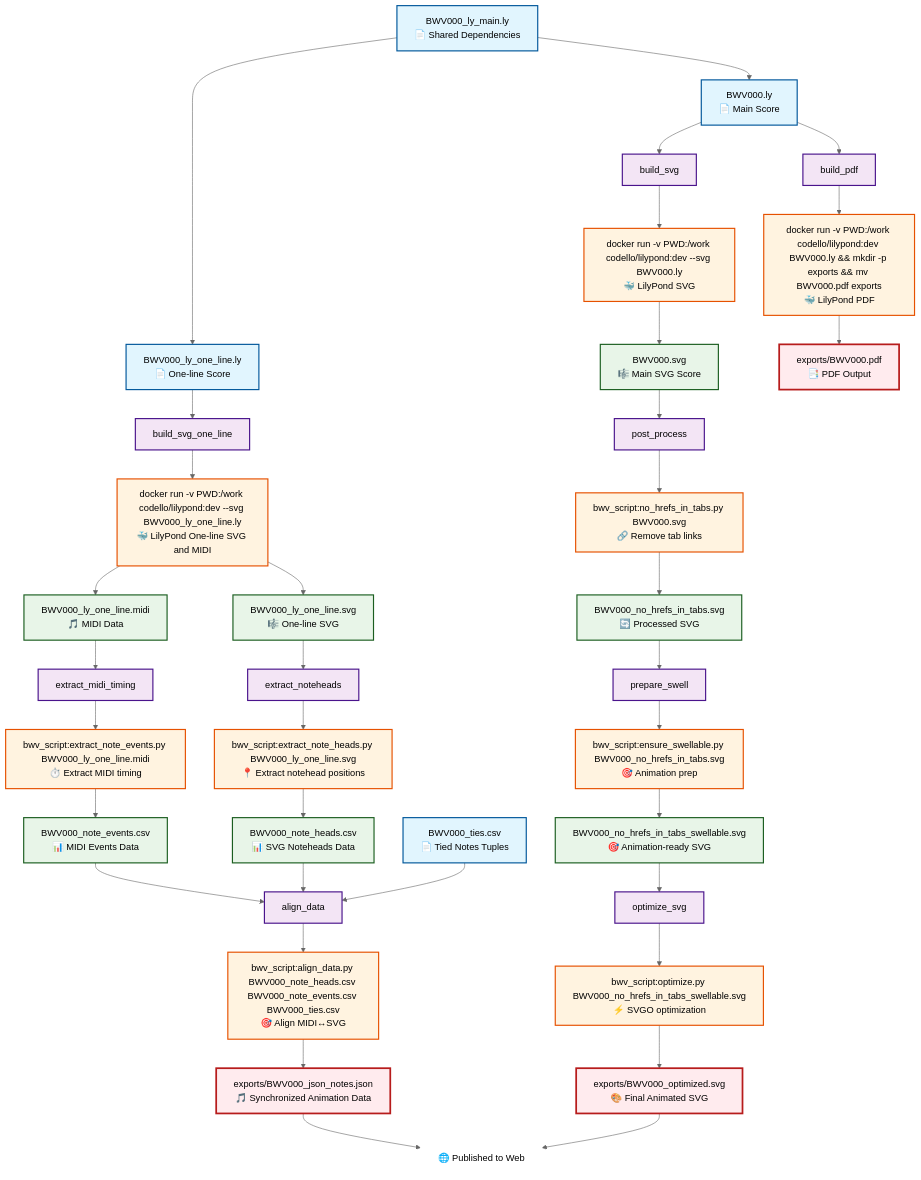
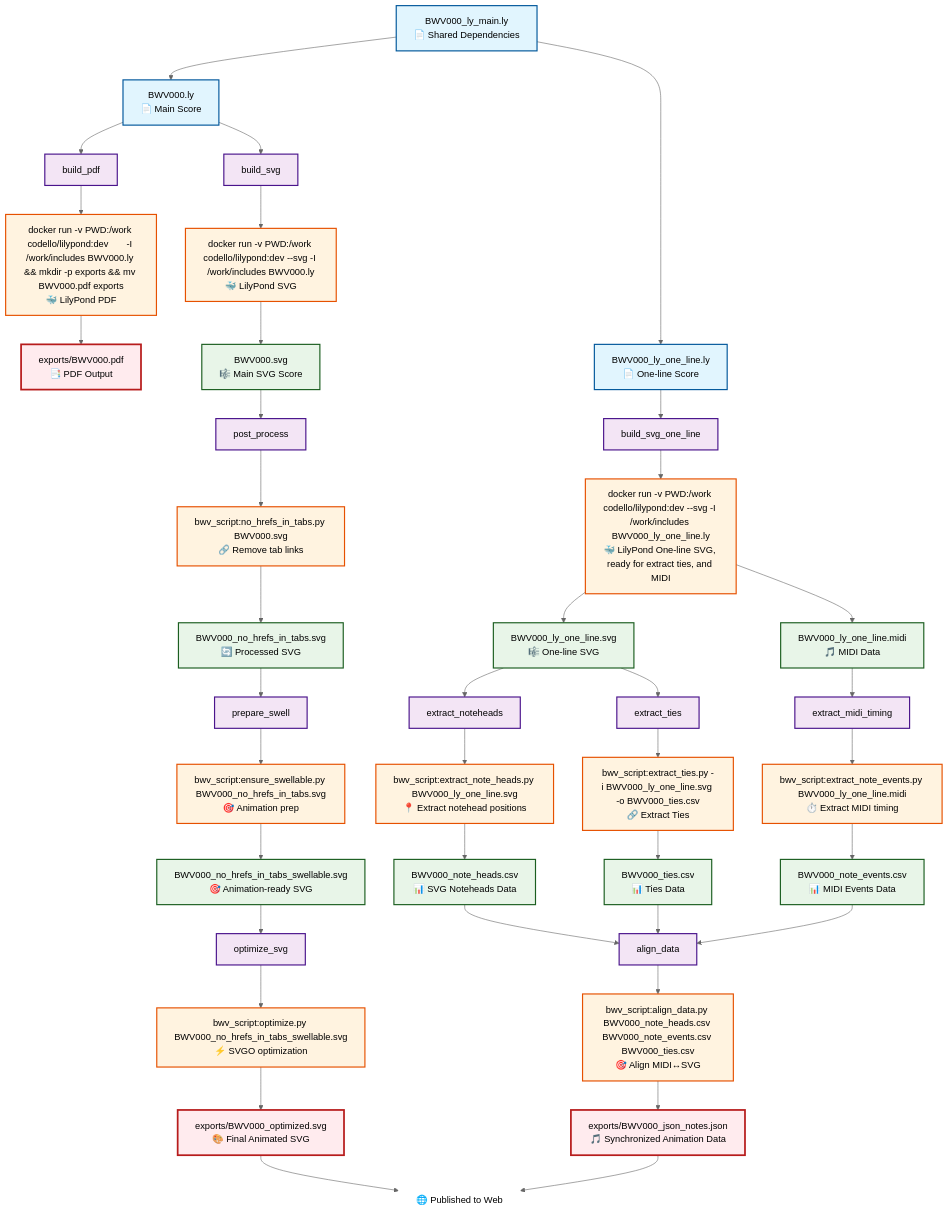
Before and after one commit to cthiebaud/bwv-zeug: the diagram in invoke/tasks.mmd, drawn with Mermaid. The commit also changed 10 other files, not shown here.

```diff
--- a/invoke/tasks.mmd
+++ b/invoke/tasks.mmd
@@ -1,129 +1,134 @@
 %%{init: {'theme':'neutral'}}%%
 graph TD
 
 %% ============================================================================
 %% INPUT NODES
 %% ============================================================================
 I1[BWV000.ly<br/>📄 Main Score]
 I2[BWV000_ly_one_line.ly<br/>📄 One-line Score]
 I3[BWV000_ly_main.ly<br/>📄 Shared Dependencies]
-I4[BWV000_ties.csv<br/>📄 Tied Notes Tuples]
 
 %% ============================================================================
 %% TASK NODES
 %% ============================================================================
 T1[build_pdf]
 T2[build_svg]
 T3[build_svg_one_line]
 T4[post_process]
 T5[prepare_swell]
 T6[optimize_svg]
 T7[extract_noteheads]
 T8[extract_midi_timing]
 T9[align_data]
+T0[extract_ties]
 
 %% ============================================================================
 %% RUNNABLE NODES
 %% ============================================================================
-R1[docker run -v PWD:/work codello/lilypond:dev BWV000.ly && mkdir -p exports && mv BWV000.pdf exports<br/>🐳 LilyPond PDF]
-R2[docker run -v PWD:/work codello/lilypond:dev --svg BWV000.ly<br/>🐳 LilyPond SVG]
-R3[docker run -v PWD:/work codello/lilypond:dev --svg BWV000_ly_one_line.ly<br/>🐳 LilyPond One-line SVG and MIDI]
+R1[docker run -v PWD:/work codello/lilypond:dev       -I /work/includes BWV000.ly && mkdir -p exports && mv BWV000.pdf exports<br/>🐳 LilyPond PDF]
+R2[docker run -v PWD:/work codello/lilypond:dev --svg -I /work/includes BWV000.ly<br/>🐳 LilyPond SVG]
+R3[docker run -v PWD:/work codello/lilypond:dev --svg -I /work/includes BWV000_ly_one_line.ly<br/>🐳 LilyPond One-line SVG, ready for extract ties, and MIDI]
 R4[bwv_script:no_hrefs_in_tabs.py BWV000.svg<br/>🔗 Remove tab links]
 R5[bwv_script:ensure_swellable.py BWV000_no_hrefs_in_tabs.svg<br/>🎯 Animation prep]
 R6[bwv_script:optimize.py BWV000_no_hrefs_in_tabs_swellable.svg<br/>⚡ SVGO optimization]
 R7[bwv_script:extract_note_heads.py BWV000_ly_one_line.svg<br/>📍 Extract notehead positions]
 R8[bwv_script:extract_note_events.py BWV000_ly_one_line.midi<br/>⏱️ Extract MIDI timing]
 R9[bwv_script:align_data.py BWV000_note_heads.csv BWV000_note_events.csv BWV000_ties.csv<br/>🎯 Align MIDI↔SVG]
+R0[bwv_script:extract_ties.py -i BWV000_ly_one_line.svg -o BWV000_ties.csv<br/>🔗 Extract Ties]
 
 %% ============================================================================
 %% OUTPUT NODES
 %% ============================================================================
 O2[BWV000.svg<br/>🎼 Main SVG Score]
 O3[BWV000_ly_one_line.svg<br/>🎼 One-line SVG]
 O4[BWV000_ly_one_line.midi<br/>🎵 MIDI Data]
 O5[BWV000_no_hrefs_in_tabs.svg<br/>🔄 Processed SVG]
 O6[BWV000_no_hrefs_in_tabs_swellable.svg<br/>🎯 Animation-ready SVG]
 O7[BWV000_note_heads.csv<br/>📊 SVG Noteheads Data]
 O8[BWV000_note_events.csv<br/>📊 MIDI Events Data]
+O9[BWV000_ties.csv<br/>📊 Ties Data]
 
 %% ============================================================================
 %% EXPORT NODES
 %% ============================================================================
 E3[exports/BWV000.pdf<br/>📑 PDF Output]
 E1[exports/BWV000_optimized.svg<br/>🎨 Final Animated SVG]
 E2[exports/BWV000_json_notes.json<br/>🎵 Synchronized Animation Data]
 
 %% ============================================================================
 %% DEPENDENCY RELATIONSHIPS
 %% ============================================================================
 %% Shared dependencies
 I3 --> I1
 I3 --> I2
 
 %% Input to task relationships
 I1 --> T1
 I1 --> T2
 I2 --> T3
-I4 --> T9
 
 %% Task to runnable relationships
 T1 --> R1
 T2 --> R2
 T3 --> R3
 T4 --> R4
 T5 --> R5
 T6 --> R6
 T7 --> R7
 T8 --> R8
 T9 --> R9
+T0 --> R0
 
 %% Runnable to output relationships
 R2 --> O2
 R3 --> O3
 R3 --> O4
+R0 --> O9
 
 %% SVG processing chain
 O2 --> T4
 R4 --> O5
 O5 --> T5
 R5 --> O6
 O6 --> T6
 
 %% Data extraction parallel branches
 O3 --> T7
+O3 --> T0
 R7 --> O7
 O4 --> T8
 R8 --> O8
 
 %% Final data alignment
 O7 --> T9
 O8 --> T9
+O9 --> T9
 
 %% Final export
 R1 --> E3
 R6 --> E1
 R9 --> E2
 
 %% ============================================================================
 %% STYLING
 %% ============================================================================
 classDef input fill:#e1f5fe,stroke:#01579b,stroke-width:2px
 classDef task fill:#f3e5f5,stroke:#4a148c,stroke-width:2px
 classDef output fill:#e8f5e8,stroke:#1b5e20,stroke-width:2px
 classDef runnable fill:#fff3e0,stroke:#e65100,stroke-width:2px
 classDef export fill:#ffebee,stroke:#b71c1c,stroke-width:3px
 
-class I1,I2,I3,I4 input
-class T1,T2,T3,T4,T5,T6,T7,T8,T9 task
-class O2,O3,O4,O5,O6,O7,O8 output
-class R1,R2,R3,R4,R5,R6,R7,R8,R9 runnable
+class I1,I2,I3 input
+class T1,T2,T3,T4,T5,T6,T7,T8,T9,T0,T10 task
+class O2,O3,O4,O5,O6,O7,O8,O9 output
+class R1,R2,R3,R4,R5,R6,R7,R8,R9,R0 runnable
 class E3,E1,E2 export
 
 %% ============================================================================
 %% BOTTOM ALIGNMENT HACK
 %% ============================================================================
-bottomAlign["🌐 Published to Web"]
-style bottomAlign fill:#ffffff,stroke:#ffffff
+T10["🌐 Published to Web"]
+style T10 fill:#ffffff,stroke:#ffffff
 
-E1 --> bottomAlign
-E2 --> bottomAlign
+E1 --> T10
+E2 --> T10
```
